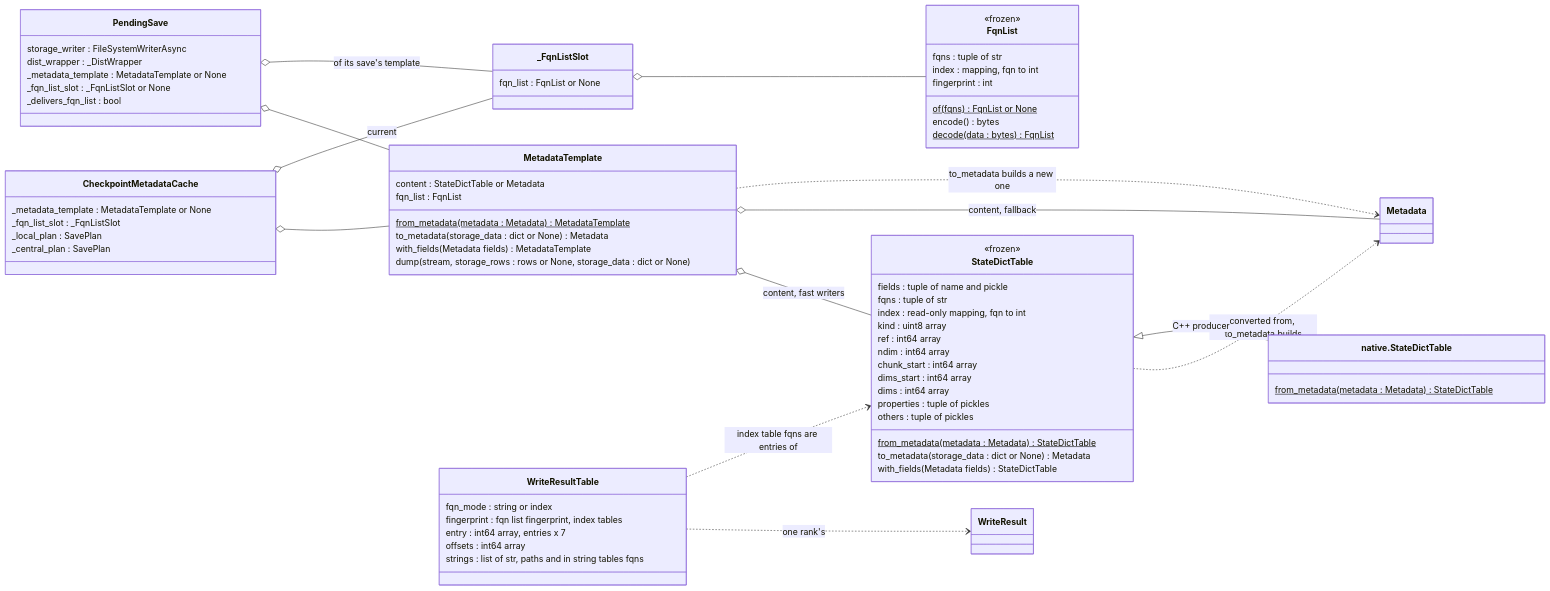
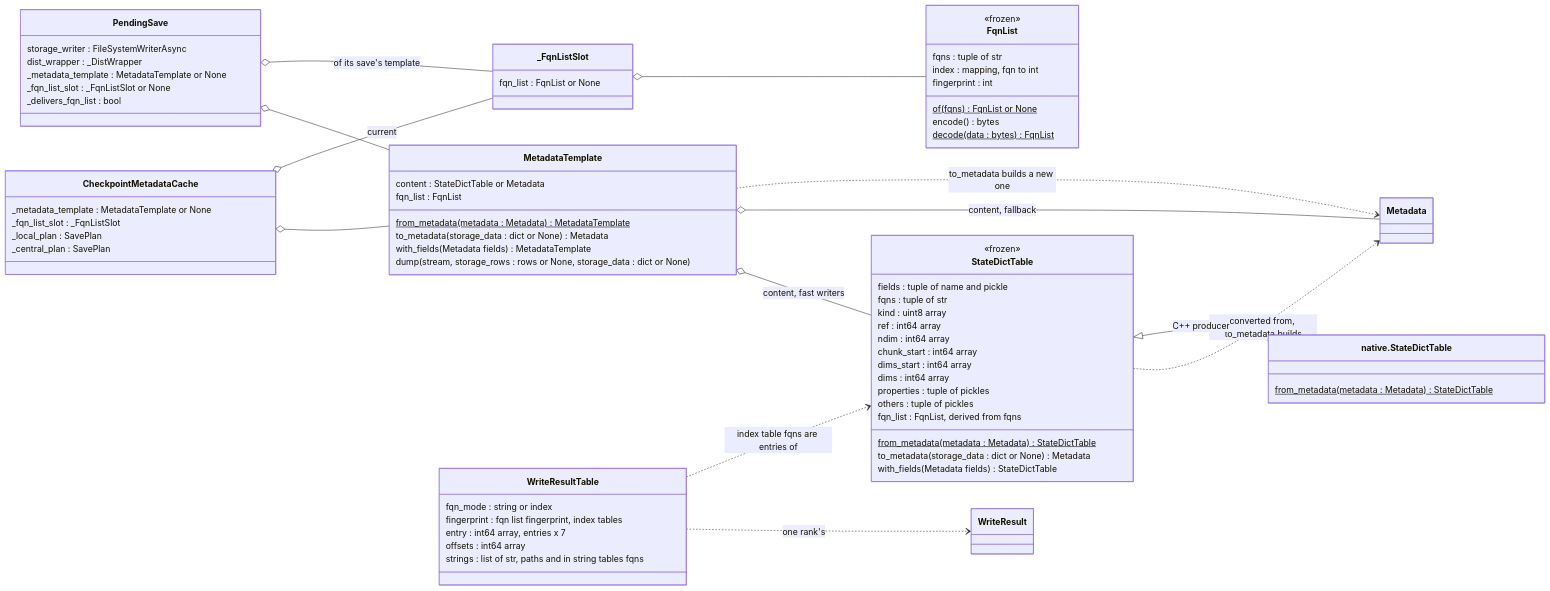
The second of 5 diagrams in docs/design/checkpoint/ASYNC_SAVE.md (NVIDIA/nvidia-resiliency-ext), drawn with Mermaid before and after one commit. The commit also changed other lines of this file and 2 other files, not shown here.

Commit message:
Derive a state dict table's fqn index and fingerprint from its fqns
The table stored each fqn's entry as an index field, which the checks
didn't compare with fqns, beside a cached fqns_fingerprint and an fqn
list built from both. A table whose index didn't match its fqns would
have made the coordinator name its own write results by the wrong
entries. Derive the fqn list, with its index and fingerprint, from fqns
on first use instead; the C++ writer reads the fingerprint from it.

````diff
--- a/docs/design/checkpoint/ASYNC_SAVE.md
+++ b/docs/design/checkpoint/ASYNC_SAVE.md
@@ -109,76 +109,76 @@
 ```mermaid
 classDiagram
     direction LR
     class CheckpointMetadataCache {
         _metadata_template : MetadataTemplate or None
         _fqn_list_slot : _FqnListSlot
         _local_plan : SavePlan
         _central_plan : SavePlan
     }
     class PendingSave {
         storage_writer : FileSystemWriterAsync
         dist_wrapper : _DistWrapper
         _metadata_template : MetadataTemplate or None
         _fqn_list_slot : _FqnListSlot or None
         _delivers_fqn_list : bool
     }
     class _FqnListSlot {
         fqn_list : FqnList or None
     }
     class FqnList {
         <<frozen>>
         fqns : tuple of str
         index : mapping, fqn to int
         fingerprint : int
         of(fqns)$ FqnList or None
         encode() bytes
         decode(data : bytes)$ FqnList
     }
     class MetadataTemplate {
         content : StateDictTable or Metadata
         fqn_list : FqnList
         from_metadata(metadata : Metadata)$ MetadataTemplate
         to_metadata(storage_data : dict or None) Metadata
         with_fields(Metadata fields) MetadataTemplate
         dump(stream, storage_rows : rows or None, storage_data : dict or None)
     }
     class StateDictTable {
         <<frozen>>
         fields : tuple of name and pickle
         fqns : tuple of str
-        index : read-only mapping, fqn to int
         kind : uint8 array
         ref : int64 array
         ndim : int64 array
         chunk_start : int64 array
         dims_start : int64 array
         dims : int64 array
         properties : tuple of pickles
         others : tuple of pickles
+        fqn_list : FqnList, derived from fqns
         from_metadata(metadata : Metadata)$ StateDictTable
         to_metadata(storage_data : dict or None) Metadata
         with_fields(Metadata fields) StateDictTable
     }
     class NativeStateDictTable["native.StateDictTable"] {
         from_metadata(metadata : Metadata)$ StateDictTable
     }
     class WriteResultTable {
         fqn_mode : string or index
         fingerprint : fqn list fingerprint, index tables
         entry : int64 array, entries x 7
         offsets : int64 array
         strings : list of str, paths and in string tables fqns
     }
     CheckpointMetadataCache o-- MetadataTemplate
     CheckpointMetadataCache o-- _FqnListSlot : current
     PendingSave o-- MetadataTemplate
     PendingSave o-- _FqnListSlot : of its save's template
     _FqnListSlot o-- FqnList
     MetadataTemplate o-- StateDictTable : content, fast writers
     MetadataTemplate o-- Metadata : content, fallback
     MetadataTemplate ..> Metadata : to_metadata builds a new one
     StateDictTable ..> Metadata : converted from, to_metadata builds
     StateDictTable <|-- NativeStateDictTable : C++ producer
     WriteResultTable ..> WriteResult : one rank's
     WriteResultTable ..> StateDictTable : index table fqns are entries of
 ```
````
